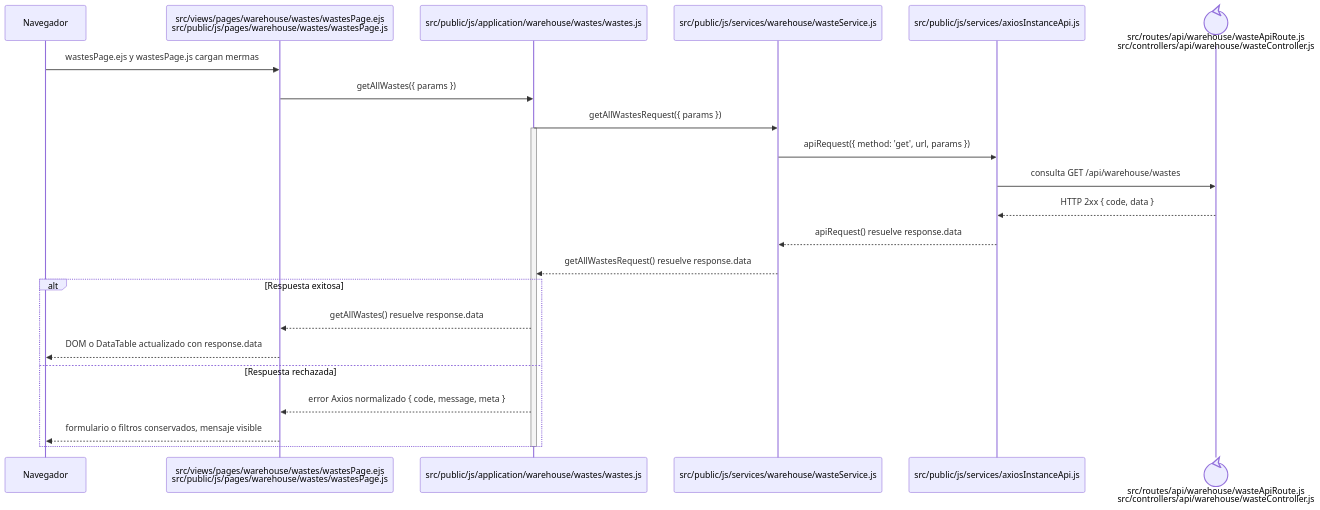
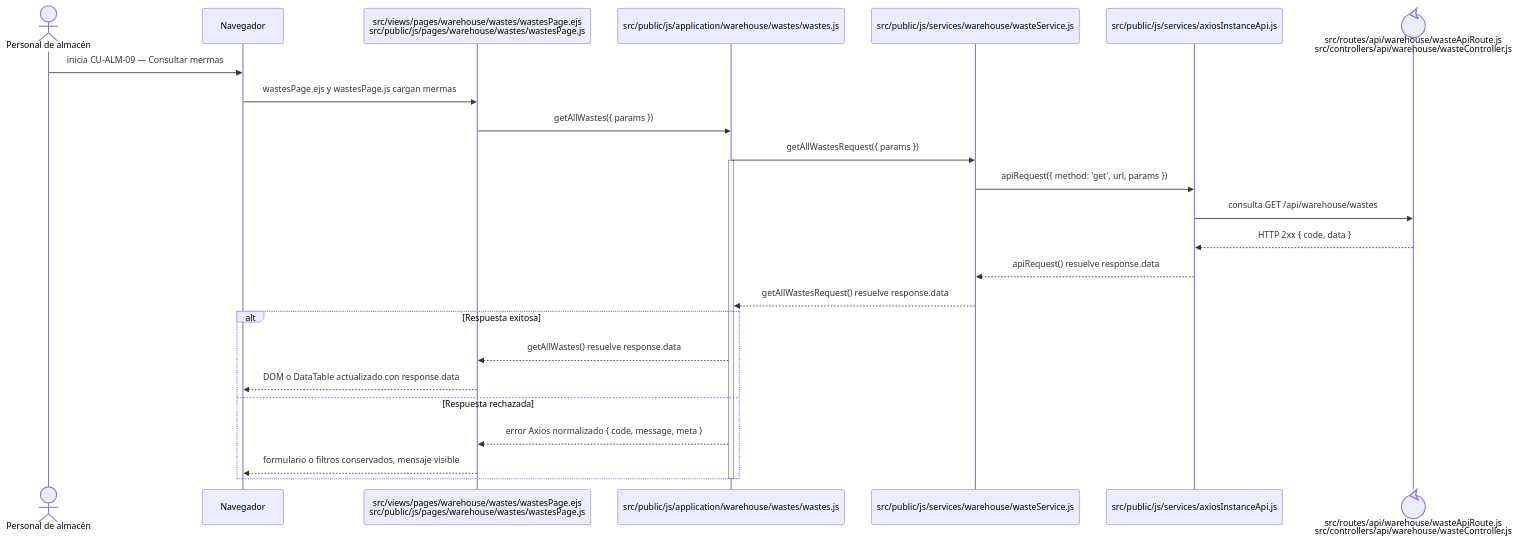
The diagram in docs/architecture/frontend-code-sequences/catalogs/cu-alm-09.md (gpgsistemas01/nexus), drawn with Mermaid before and after one commit. The commit also changed 105 other files, not shown here.

````diff
--- a/docs/architecture/frontend-code-sequences/catalogs/cu-alm-09.md
+++ b/docs/architecture/frontend-code-sequences/catalogs/cu-alm-09.md
@@ -6,27 +6,29 @@
 ```mermaid
 sequenceDiagram
+    actor Initiator as Personal de almacén
     participant Browser as Navegador
     participant View as src/views/pages/warehouse/wastes/wastesPage.ejs<br/>src/public/js/pages/warehouse/wastes/wastesPage.js
     participant Application as src/public/js/application/warehouse/wastes/wastes.js
     participant Request as src/public/js/services/warehouse/wasteService.js
     participant HTTP as src/public/js/services/axiosInstanceApi.js
     participant Transport@{ "type": "control" } as src/routes/api/warehouse/wasteApiRoute.js<br/>src/controllers/api/warehouse/wasteController.js
 
+    Initiator->>Browser: inicia CU-ALM-09 — Consultar mermas
     Browser->>View: wastesPage.ejs y wastesPage.js cargan mermas
     View->>Application: getAllWastes({ params })
     Application->>Request: getAllWastesRequest({ params })
     activate Application
     Request->>HTTP: apiRequest({ method: 'get', url, params })
     HTTP->>Transport: consulta GET /api/warehouse/wastes
     Transport-->>HTTP: HTTP 2xx { code, data }
     HTTP-->>Request: apiRequest() resuelve response.data
     Request-->>Application: getAllWastesRequest() resuelve response.data
     alt Respuesta exitosa
         Application-->>View: getAllWastes() resuelve response.data
         View-->>Browser: DOM o DataTable actualizado con response.data
     else Respuesta rechazada
         Application-->>View: error Axios normalizado { code, message, meta }
         View-->>Browser: formulario o filtros conservados, mensaje visible
     end
     deactivate Application
 ```
````
